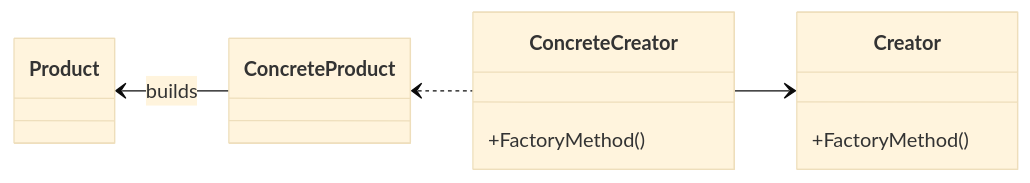
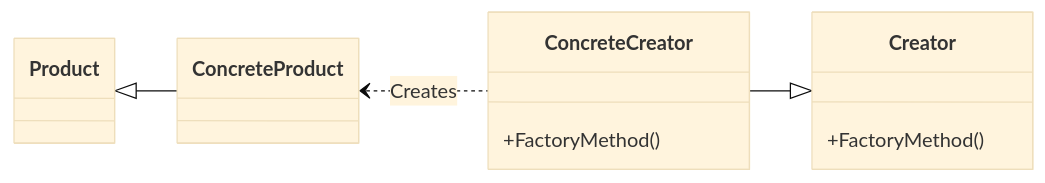
The diagram in creational-patterns/factory_method.md (Samk13/design_patterns_mermaid), drawn with Mermaid (base theme) before and after one commit. The commit also changed 10 other files, not shown here.

````diff
--- a/creational-patterns/factory_method.md
+++ b/creational-patterns/factory_method.md
@@ -6,21 +6,21 @@
 ```mermaid
 classDiagram
 direction LR
 
-Product <-- ConcreteProduct  : builds
-ConcreteProduct <.. ConcreteCreator
- ConcreteCreator --> Creator
+ConcreteProduct <.. ConcreteCreator : Creates
+Product <|-- ConcreteProduct
+ ConcreteCreator --|> Creator
 
   class Creator {
     +FactoryMethod()
   }
 
   class ConcreteCreator{
     +FactoryMethod()
   }
 class ConcreteProduct{
 
   }
   class Product{
   }
 ```
````
